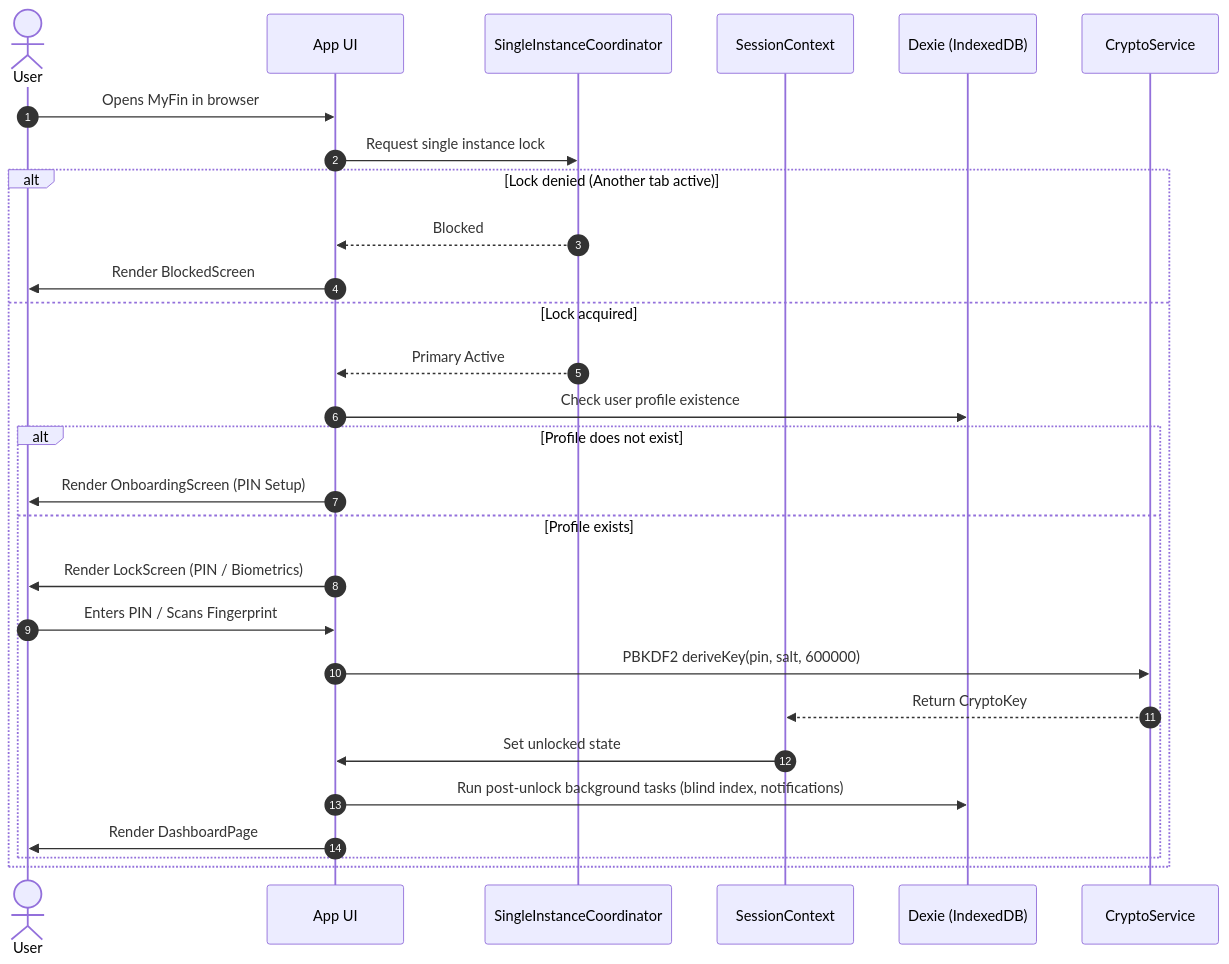
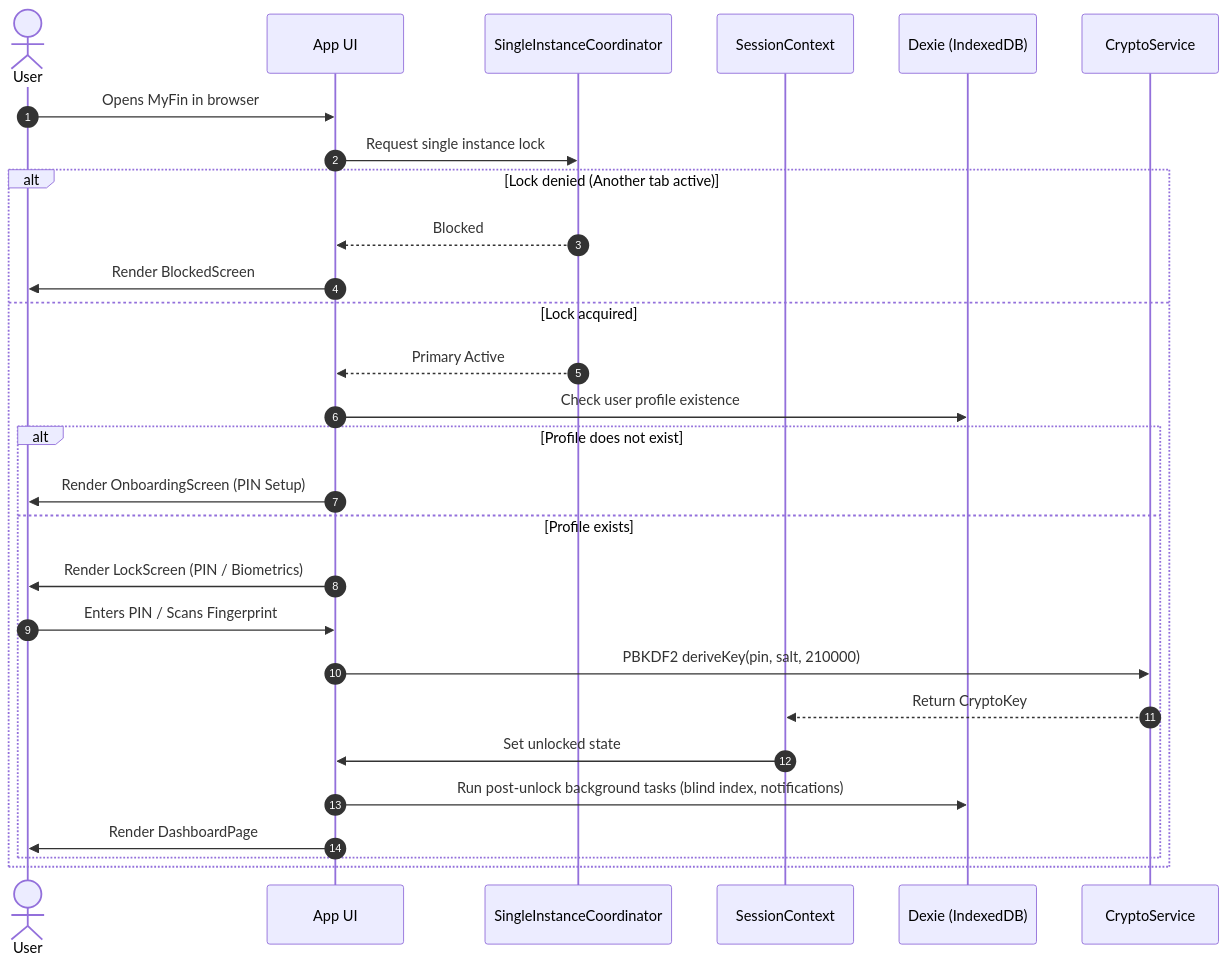
Before and after one commit to Akhlaquea01/MyFin: the second of 4 diagrams in docs/architecture.md, drawn with Mermaid. The commit also changed other lines of this file and 4 other files, not shown here.

````diff
--- a/docs/architecture.md
+++ b/docs/architecture.md
@@ -141,31 +141,31 @@
 ```mermaid
 sequenceDiagram
     autonumber
     actor User
     participant UI as App UI
     participant Lock as SingleInstanceCoordinator
     participant Session as SessionContext
     participant Storage as Dexie (IndexedDB)
     participant Crypto as CryptoService
 
     User->>UI: Opens MyFin in browser
     UI->>Lock: Request single instance lock
     alt Lock denied (Another tab active)
         Lock-->>UI: Blocked
         UI->>User: Render BlockedScreen
     else Lock acquired
         Lock-->>UI: Primary Active
         UI->>Storage: Check user profile existence
         alt Profile does not exist
             UI->>User: Render OnboardingScreen (PIN Setup)
         else Profile exists
             UI->>User: Render LockScreen (PIN / Biometrics)
             User->>UI: Enters PIN / Scans Fingerprint
-            UI->>Crypto: PBKDF2 deriveKey(pin, salt, 600000)
+            UI->>Crypto: PBKDF2 deriveKey(pin, salt, 210000)
             Crypto-->>Session: Return CryptoKey
             Session->>UI: Set unlocked state
             UI->>Storage: Run post-unlock background tasks (blind index, notifications)
             UI->>User: Render DashboardPage
         end
     end
 ```
````
